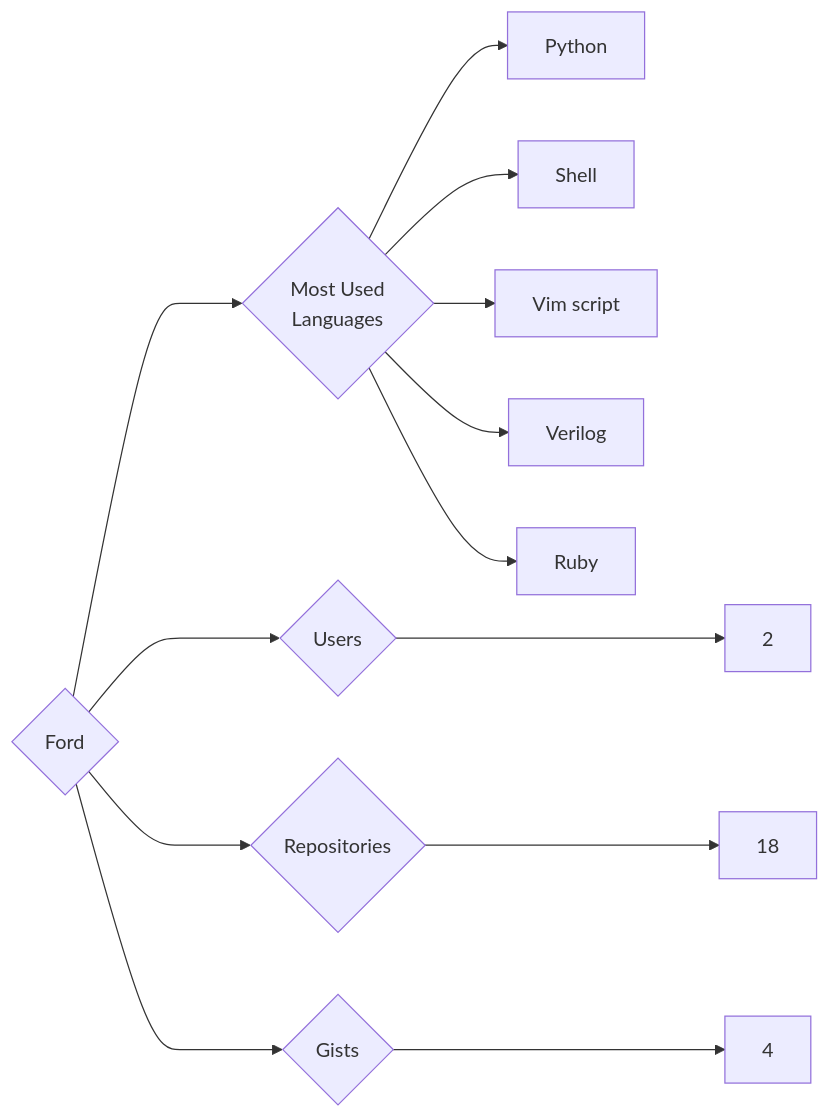
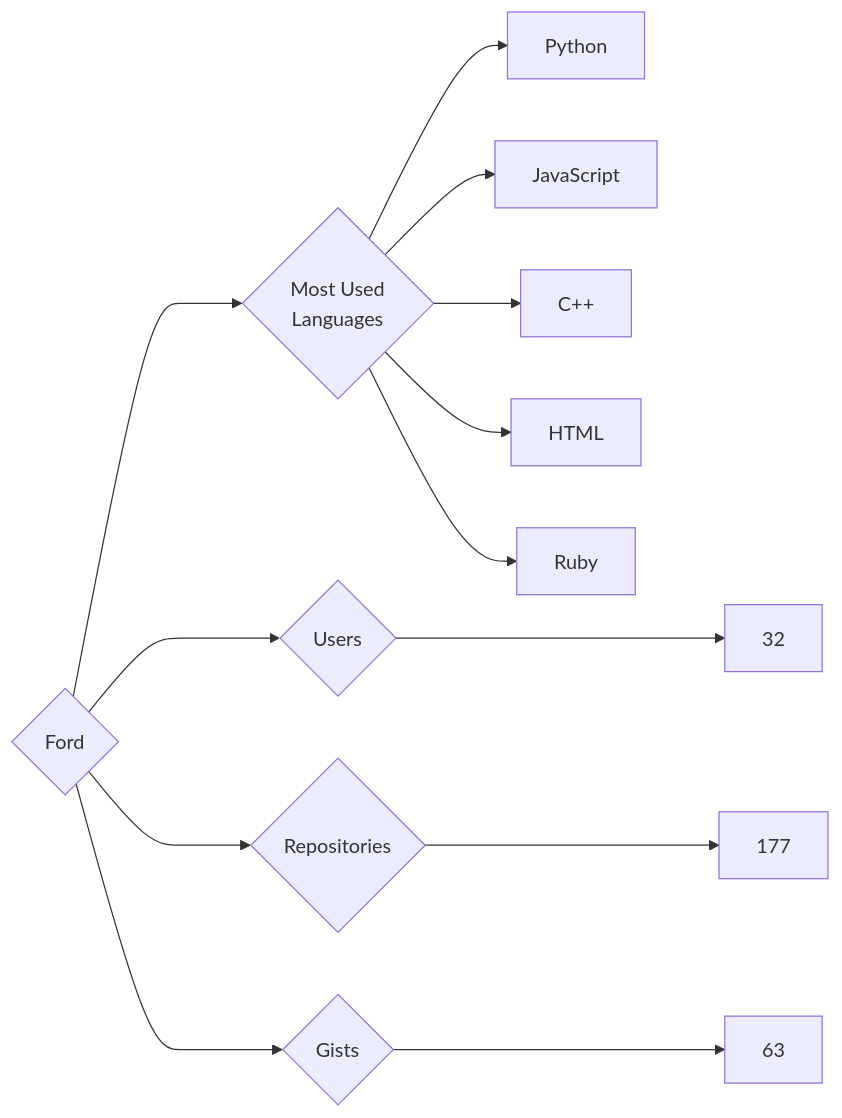
Before and after one commit to trickest/insiders: the diagram in targets/Ford/README.md, drawn with Mermaid. The commit also changed 611 other files, not shown here.

````diff
--- a/targets/Ford/README.md
+++ b/targets/Ford/README.md
@@ -3,13 +3,13 @@
 ```mermaid
 graph LR
 COMPANY_NAME{Ford}
-COMPANY_NAME ---> U{Users} ---> UN[2]
-COMPANY_NAME ---> R{Repositories} ---> RN[18]
-COMPANY_NAME ---> G{Gists} ---> GN[4]
+COMPANY_NAME ---> U{Users} ---> UN[32]
+COMPANY_NAME ---> R{Repositories} ---> RN[177]
+COMPANY_NAME ---> G{Gists} ---> GN[63]
 COMPANY_NAME ---> ML{Most Used<br>Languages}
 ML --> Python[Python]
-ML --> Shell[Shell]
-ML --> Vim_script[Vim script]
-ML --> Verilog[Verilog]
+ML --> JavaScript[JavaScript]
+ML --> C++[C++]
+ML --> HTML[HTML]
 ML --> Ruby[Ruby]
 ```
````
